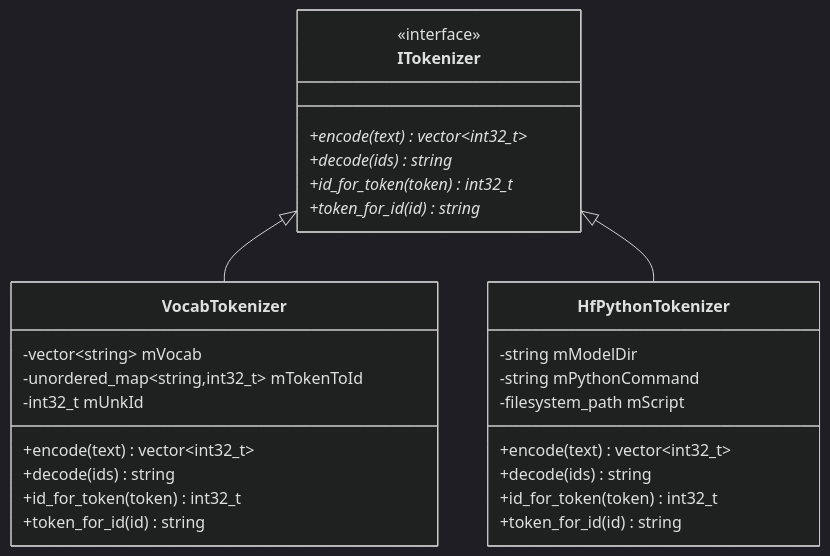
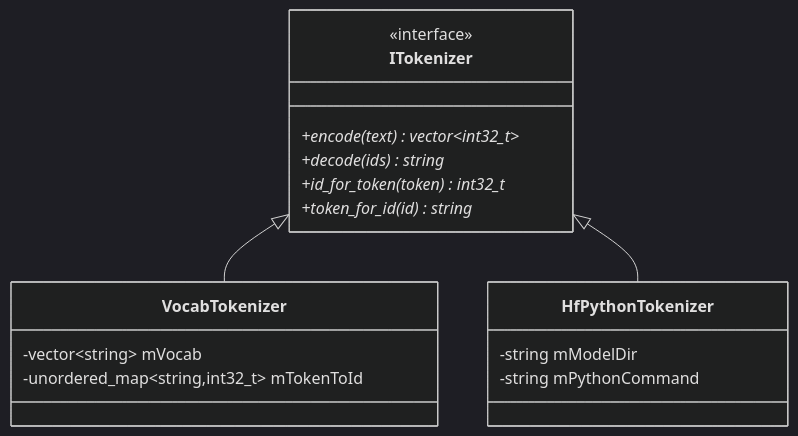
The third of 3 diagrams in docs/wiki/Static-Design.md (AbishekCoder1/TensorRT-Model-Connect), drawn with Mermaid (dark theme) before and after one commit. The commit also changed other lines of this file and 108 other files, not shown here.

````diff
--- a/docs/wiki/Static-Design.md
+++ b/docs/wiki/Static-Design.md
@@ -501,33 +192,23 @@
 ```mermaid
 classDiagram
     class ITokenizer {
         <<interface>>
         +encode(text)* vector~int32_t~
         +decode(ids)* string
         +id_for_token(token)* int32_t
         +token_for_id(id)* string
     }
 
     class VocabTokenizer {
         -vector~string~ mVocab
         -unordered_map~string,int32_t~ mTokenToId
-        -int32_t mUnkId
-        +encode(text) vector~int32_t~
-        +decode(ids) string
-        +id_for_token(token) int32_t
-        +token_for_id(id) string
     }
 
     class HfPythonTokenizer {
         -string mModelDir
         -string mPythonCommand
-        -filesystem_path mScript
-        +encode(text) vector~int32_t~
-        +decode(ids) string
-        +id_for_token(token) int32_t
-        +token_for_id(id) string
     }
 
     ITokenizer <|-- VocabTokenizer
     ITokenizer <|-- HfPythonTokenizer
 ```
````
